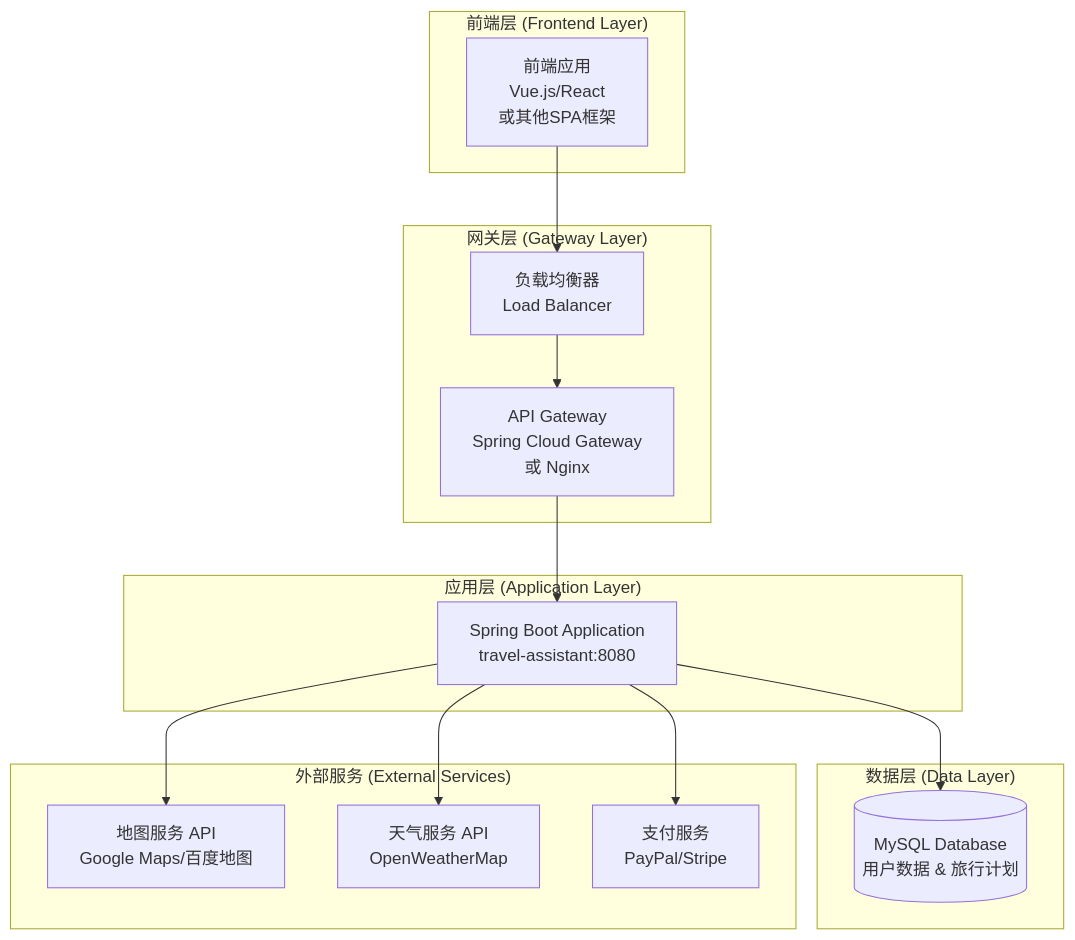
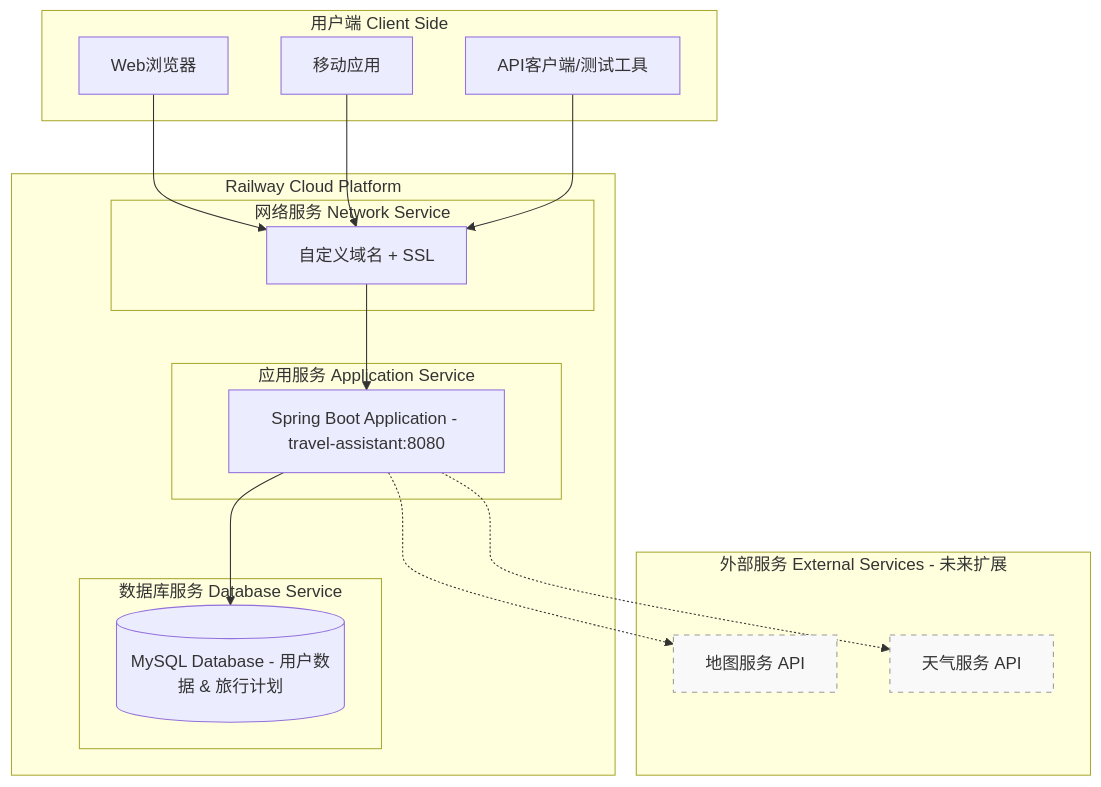
The first of 7 diagrams in architecture-diagram.md (NicoleYL28/travel-assistant), drawn with Mermaid before and after one commit. The commit also changed other lines of this file, not shown here.

Commit message:
Simplify architecture diagram - remove complex components like gateway, monitoring, and integrate Railway platform

````diff
--- a/architecture-diagram.md
+++ b/architecture-diagram.md
@@ -5,39 +5,43 @@
 ```mermaid
 graph TB
-    %% 前端层
-    subgraph "前端层 (Frontend Layer)"
-        FE[前端应用<br/>Vue.js/React<br/>或其他SPA框架]
+    %% 用户端
+    subgraph "用户端 Client Side"
+        WEB["Web浏览器"]
+        MOBILE["移动应用"]
+        API_CLIENT["API客户端/测试工具"]
     end
     
-    %% API网关/负载均衡
-    subgraph "网关层 (Gateway Layer)"
-        LB[负载均衡器<br/>Load Balancer]
-        GW[API Gateway<br/>Spring Cloud Gateway<br/>或 Nginx]
+    %% Railway云平台
+    subgraph "Railway Cloud Platform"
+        subgraph "应用服务 Application Service"
+            APP["Spring Boot Application - travel-assistant:8080"]
+        end
+        
+        subgraph "数据库服务 Database Service"
+            DB[("MySQL Database - 用户数据 & 旅行计划")]
+        end
+        
+        subgraph "网络服务 Network Service"
+            DOMAIN["自定义域名 + SSL"]
+        end
     end
     
-    %% 应用层
-    subgraph "应用层 (Application Layer)"
-        APP[Spring Boot Application<br/>travel-assistant:8080]
-    end
-    
-    %% 数据层
-    subgraph "数据层 (Data Layer)"
-        DB[(MySQL Database<br/>用户数据 & 旅行计划)]
-    end
-    
-    %% 外部服务
-    subgraph "外部服务 (External Services)"
-        MAP[地图服务 API<br/>Google Maps/百度地图]
-        WEATHER[天气服务 API<br/>OpenWeatherMap]
-        PAYMENT[支付服务<br/>PayPal/Stripe]
+    %% 外部服务（未来扩展）
+    subgraph "外部服务 External Services - 未来扩展"
+        MAP["地图服务 API"]
+        WEATHER["天气服务 API"]
     end
     
     %% 连接关系
-    FE --> LB
-    LB --> GW
-    GW --> APP
+    WEB --> DOMAIN
+    MOBILE --> DOMAIN
+    API_CLIENT --> DOMAIN
+    DOMAIN --> APP
     APP --> DB
-    APP --> MAP
-    APP --> WEATHER
-    APP --> PAYMENT
+    APP -.-> MAP
+    APP -.-> WEATHER
+    
+    %% 样式
+    classDef future fill:#f9f9f9,stroke:#999,stroke-dasharray: 5 5
+    class MAP,WEATHER future
 ```
````
